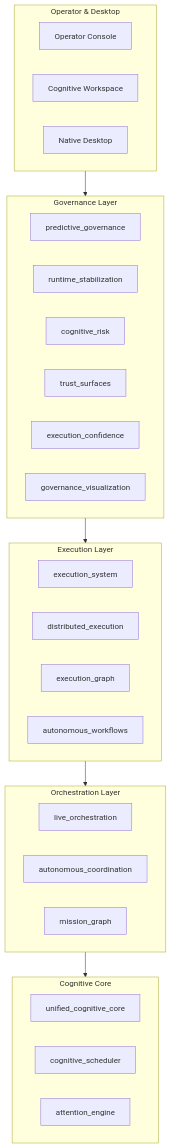
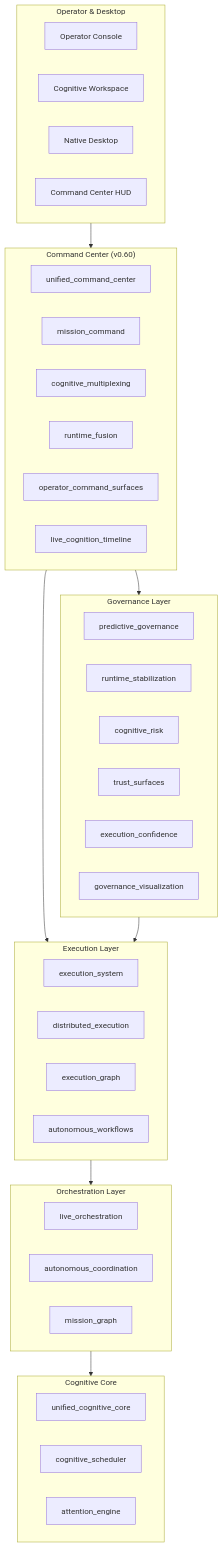
One commit to FrostXMello/odin-runtime changed the eighth of 8 diagrams in README.md. Above: the diagram before and after it, drawn with Mermaid. The commit also changed other lines of this file and 25 other files, not shown here.

First line of the commit message:
test(command-center): add 18846 tests, docs, and README overhaul

````diff
--- a/README.md
+++ b/README.md
@@ -115,41 +275,53 @@
 ```mermaid
 flowchart TB
     subgraph UI["Operator & Desktop"]
         OC[Operator Console]
         CW[Cognitive Workspace]
         ND[Native Desktop]
+        CC[Command Center HUD]
+    end
+
+    subgraph Command["Command Center (v0.60)"]
+        UCC[unified_command_center]
+        MC[mission_command]
+        CM[cognitive_multiplexing]
+        RF[runtime_fusion]
+        OCS[operator_command_surfaces]
+        LCT[live_cognition_timeline]
     end
 
     subgraph Gov["Governance Layer"]
         PG[predictive_governance]
         RS[runtime_stabilization]
         CR[cognitive_risk]
         TS[trust_surfaces]
         EC[execution_confidence]
         GV[governance_visualization]
     end
 
     subgraph Exec["Execution Layer"]
         ES[execution_system]
         DE[distributed_execution]
         EG[execution_graph]
         AW[autonomous_workflows]
     end
 
     subgraph Orch["Orchestration Layer"]
         LO[live_orchestration]
         AC[autonomous_coordination]
         MG[mission_graph]
     end
 
     subgraph Core["Cognitive Core"]
-        UCC[unified_cognitive_core]
+        UCCore[unified_cognitive_core]
         SCH[cognitive_scheduler]
         AE[attention_engine]
     end
 
-    UI --> Gov
+    UI --> Command
+    Command --> Gov
+    Command --> Exec
     Gov --> Exec
     Exec --> Orch
     Orch --> Core
 ```
````
